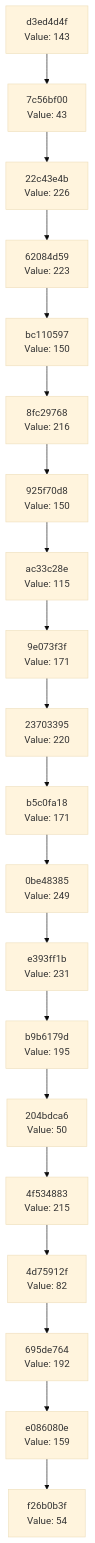
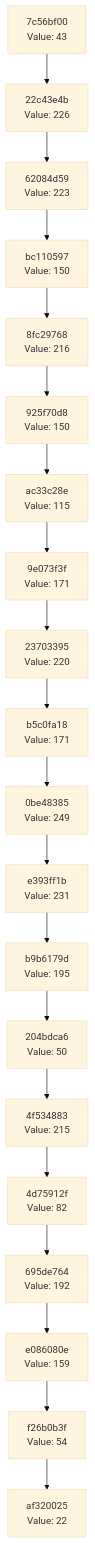
Before and after one commit to Abhisheksinha1506/hash-chain-evolver: the diagram in docs/CHAIN_VISUALIZATION.md, drawn with Mermaid (base theme). The commit also changed 2 other files, not shown here.

Commit message:
Evolution Step

````diff
--- a/docs/CHAIN_VISUALIZATION.md
+++ b/docs/CHAIN_VISUALIZATION.md
@@ -3,42 +3,42 @@
 ```mermaid
 graph TD
-    C0["f26b0b3f<br/>Value: 54"]
-    C1["e086080e<br/>Value: 159"]
+    C0["af320025<br/>Value: 22"]
+    C1["f26b0b3f<br/>Value: 54"]
     C1 --> C0
-    C2["695de764<br/>Value: 192"]
+    C2["e086080e<br/>Value: 159"]
     C2 --> C1
-    C3["4d75912f<br/>Value: 82"]
+    C3["695de764<br/>Value: 192"]
     C3 --> C2
-    C4["4f534883<br/>Value: 215"]
+    C4["4d75912f<br/>Value: 82"]
     C4 --> C3
-    C5["204bdca6<br/>Value: 50"]
+    C5["4f534883<br/>Value: 215"]
     C5 --> C4
-    C6["b9b6179d<br/>Value: 195"]
+    C6["204bdca6<br/>Value: 50"]
     C6 --> C5
-    C7["e393ff1b<br/>Value: 231"]
+    C7["b9b6179d<br/>Value: 195"]
     C7 --> C6
-    C8["0be48385<br/>Value: 249"]
+    C8["e393ff1b<br/>Value: 231"]
     C8 --> C7
-    C9["b5c0fa18<br/>Value: 171"]
+    C9["0be48385<br/>Value: 249"]
     C9 --> C8
-    C10["23703395<br/>Value: 220"]
+    C10["b5c0fa18<br/>Value: 171"]
     C10 --> C9
-    C11["9e073f3f<br/>Value: 171"]
+    C11["23703395<br/>Value: 220"]
     C11 --> C10
-    C12["ac33c28e<br/>Value: 115"]
+    C12["9e073f3f<br/>Value: 171"]
     C12 --> C11
-    C13["925f70d8<br/>Value: 150"]
+    C13["ac33c28e<br/>Value: 115"]
     C13 --> C12
-    C14["8fc29768<br/>Value: 216"]
+    C14["925f70d8<br/>Value: 150"]
     C14 --> C13
-    C15["bc110597<br/>Value: 150"]
+    C15["8fc29768<br/>Value: 216"]
     C15 --> C14
-    C16["62084d59<br/>Value: 223"]
+    C16["bc110597<br/>Value: 150"]
     C16 --> C15
-    C17["22c43e4b<br/>Value: 226"]
+    C17["62084d59<br/>Value: 223"]
     C17 --> C16
-    C18["7c56bf00<br/>Value: 43"]
+    C18["22c43e4b<br/>Value: 226"]
     C18 --> C17
-    C19["d3ed4d4f<br/>Value: 143"]
+    C19["7c56bf00<br/>Value: 43"]
     C19 --> C18
 ```
````
